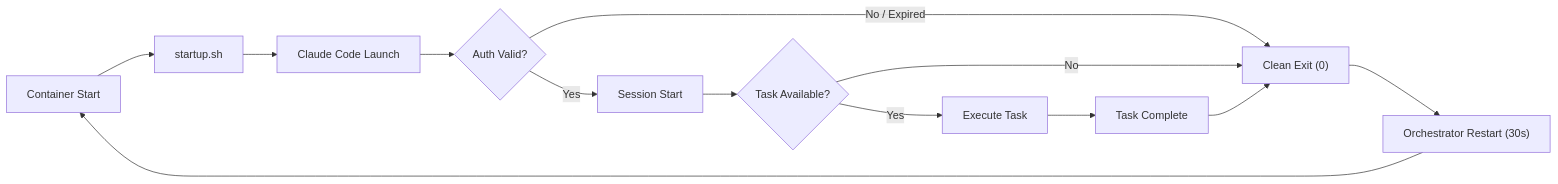
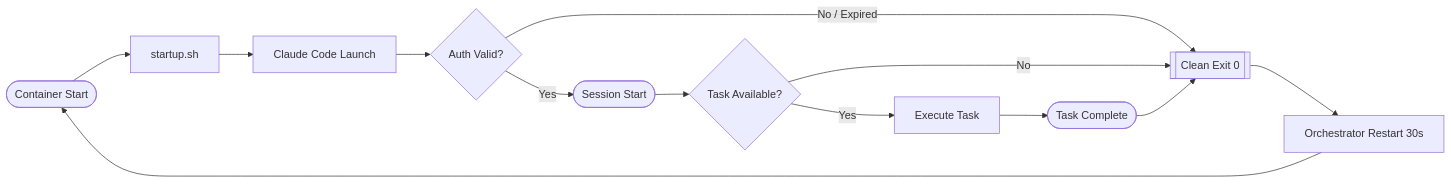
One commit to CyberdaemonAI/cyberdaemon-site changed the second of 3 diagrams in src/content/build-logs/b0b-first-fleet.mdx. Above: the diagram before and after it, drawn with Mermaid. The commit also changed other lines of this file and 23 other files, not shown here.

First line of the commit message:
style(diagrams): retrofit all mermaid diagrams to flowchart syntax site-wide

````diff
--- a/src/content/build-logs/b0b-first-fleet.mdx
+++ b/src/content/build-logs/b0b-first-fleet.mdx
@@ -139,15 +135,15 @@
 ```mermaid
-graph LR
-    A["Container Start"] --> B["startup.sh"]
-    B --> C["Claude Code Launch"]
-    C --> D{"Auth Valid?"}
-    D -->|"No / Expired"| E["Clean Exit (0)"]
-    D -->|"Yes"| F["Session Start"]
-    F --> G{"Task Available?"}
-    G -->|"No"| E
-    G -->|"Yes"| H["Execute Task"]
-    H --> I["Task Complete"]
+flowchart LR
+    A([Container Start]) --> B[startup.sh]
+    B --> C[Claude Code Launch]
+    C --> D{Auth Valid?}
+    D -->|No / Expired| E[[Clean Exit 0]]
+    D -->|Yes| F([Session Start])
+    F --> G{Task Available?}
+    G -->|No| E
+    G -->|Yes| H[Execute Task]
+    H --> I([Task Complete])
     I --> E
-    E --> J["Orchestrator Restart (30s)"]
+    E --> J[Orchestrator Restart 30s]
     J --> A
 ```
````
